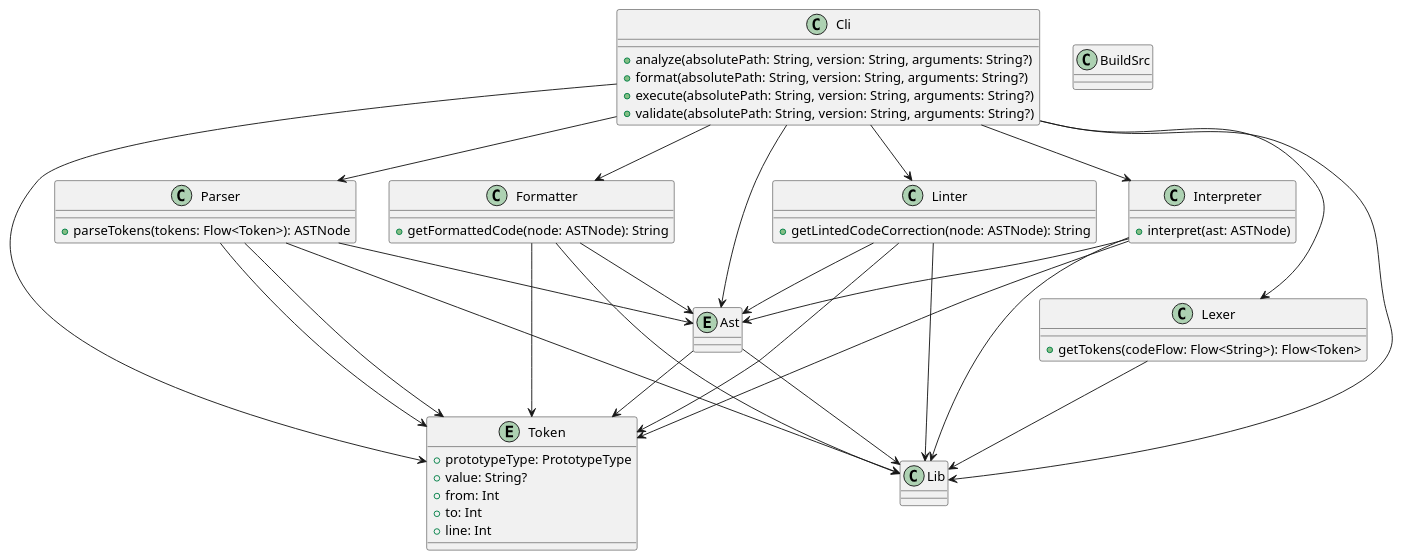
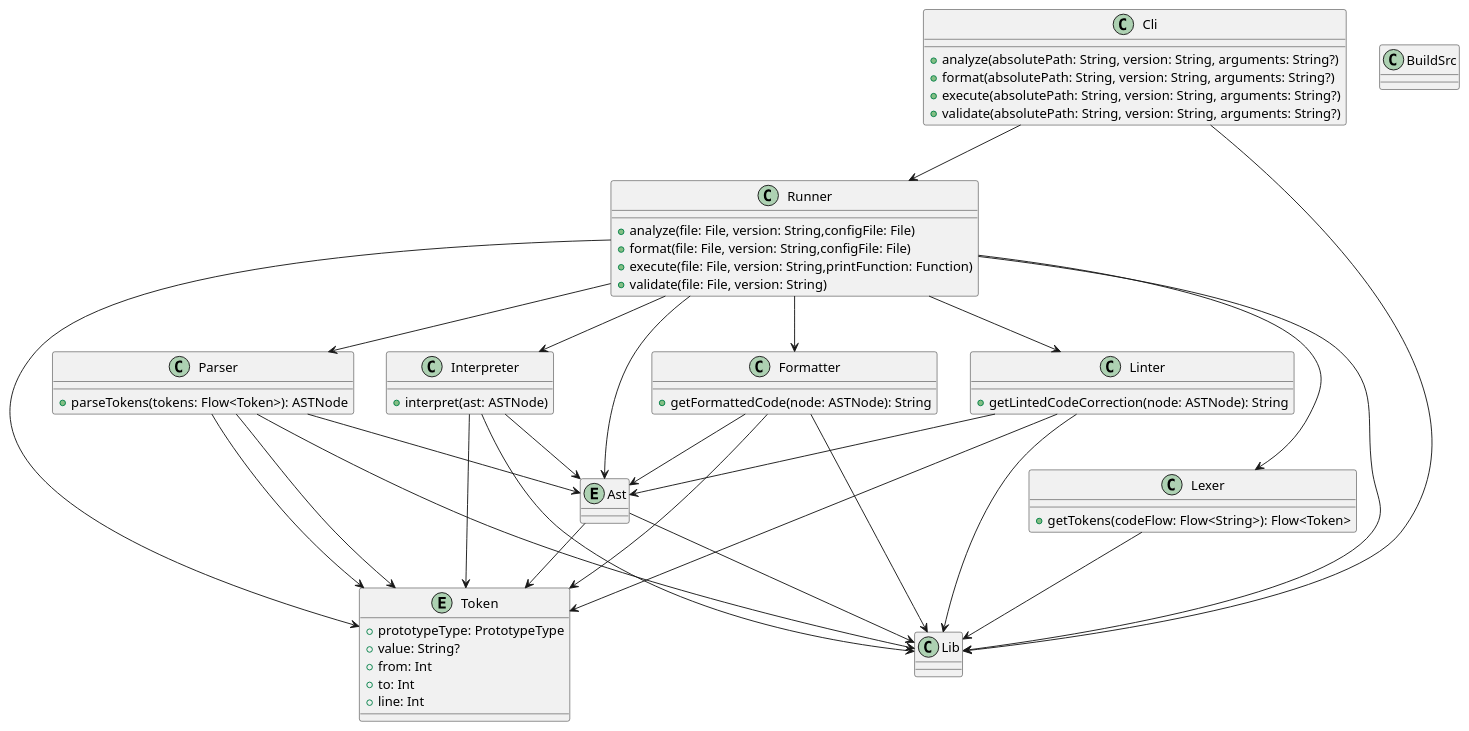
The diagram in printscript.puml (Nachoferra1894/printscript), drawn with PlantUML before and after one commit. The commit also changed 7 other files, not shown here.

```diff
--- a/printscript.puml
+++ b/printscript.puml
@@ -1,74 +1,84 @@
 @startuml
 entity Token {
     + prototypeType: PrototypeType
     + value: String?
     + from: Int
     + to: Int
     + line: Int
 }
 entity Ast {}
 
 Ast --> Lib
 Ast --> Token
 
 class Parser {
     + parseTokens(tokens: Flow<Token>): ASTNode
 }
 
 Parser --> Lib
 Parser --> Ast
 Parser --> Token
 
 class Lexer {
     + getTokens(codeFlow: Flow<String>): Flow<Token>
 }
 
 Lexer --> Lib
 Parser --> Token
 
 class Interpreter {
     + interpret(ast: ASTNode)
 }
 
 Interpreter --> Lib
 Interpreter --> Ast
 Interpreter --> Token
 
 class Formatter {
     + getFormattedCode(node: ASTNode): String
 }
 
 Formatter --> Lib
 Formatter --> Ast
 Formatter --> Token
 
+class Runner {
+    + analyze(file: File, version: String,configFile: File)
+    + format(file: File, version: String,configFile: File)
+    + execute(file: File, version: String,printFunction: Function)
+    + validate(file: File, version: String)
+}
+
+Runner --> Lib
+Runner --> Ast
+Runner --> Token
+Runner --> Parser
+Runner --> Lexer
+Runner --> Interpreter
+Runner --> Formatter
+Runner --> Linter
+
 class Cli {
     + analyze(absolutePath: String, version: String, arguments: String?)
     + format(absolutePath: String, version: String, arguments: String?)
     + execute(absolutePath: String, version: String, arguments: String?)
     + validate(absolutePath: String, version: String, arguments: String?)
 }
 
+Cli --> Runner
 Cli --> Lib
-Cli --> Ast
-Cli --> Token
-Cli --> Parser
-Cli --> Lexer
-Cli --> Interpreter
-Cli --> Formatter
-Cli --> Linter
 
 class BuildSrc {
 }
 
 class Linter {
     +  getLintedCodeCorrection(node: ASTNode): String
 }
 
 Linter --> Lib
 Linter --> Ast
 Linter --> Token
 
 
 
 @enduml
```
